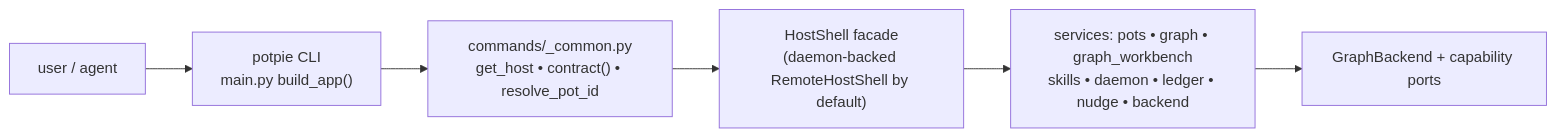
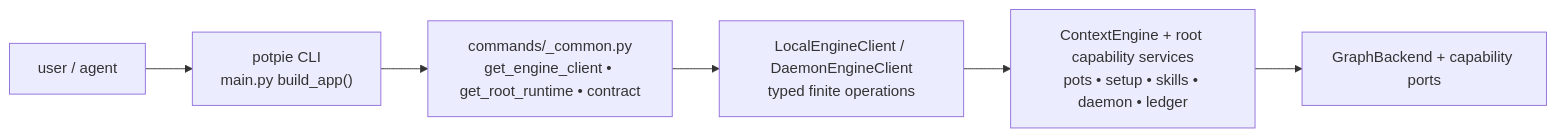
The first of 2 diagrams in docs/context-graph/cli-flow.md (potpie-ai/potpie), drawn with Mermaid before and after one commit. The commit also changed other lines of this file and 687 other files, not shown here.

First line of the commit message:
Refactor context engine boundaries and daemon reconciliation (#1057)

````diff
--- a/docs/context-graph/cli-flow.md
+++ b/docs/context-graph/cli-flow.md
@@ -28,11 +29,11 @@
 ```mermaid
 flowchart LR
   cf_user["user / agent"]
   cf_cli["potpie CLI<br/>main.py build_app()"]
-  cf_common["commands/_common.py<br/>get_host • contract() • resolve_pot_id"]
-  cf_shell["HostShell facade<br/>(daemon-backed RemoteHostShell by default)"]
-  cf_svc["services: pots • graph • graph_workbench<br/>skills • daemon • ledger • nudge • backend"]
+  cf_common["commands/_common.py<br/>get_engine_client • get_root_runtime • contract"]
+  cf_shell["LocalEngineClient / DaemonEngineClient<br/>typed finite operations"]
+  cf_svc["ContextEngine + root capability services<br/>pots • setup • skills • daemon • ledger"]
   cf_ports["GraphBackend + capability ports"]
 
   cf_user --> cf_cli --> cf_common --> cf_shell --> cf_svc --> cf_ports
 ```
````
